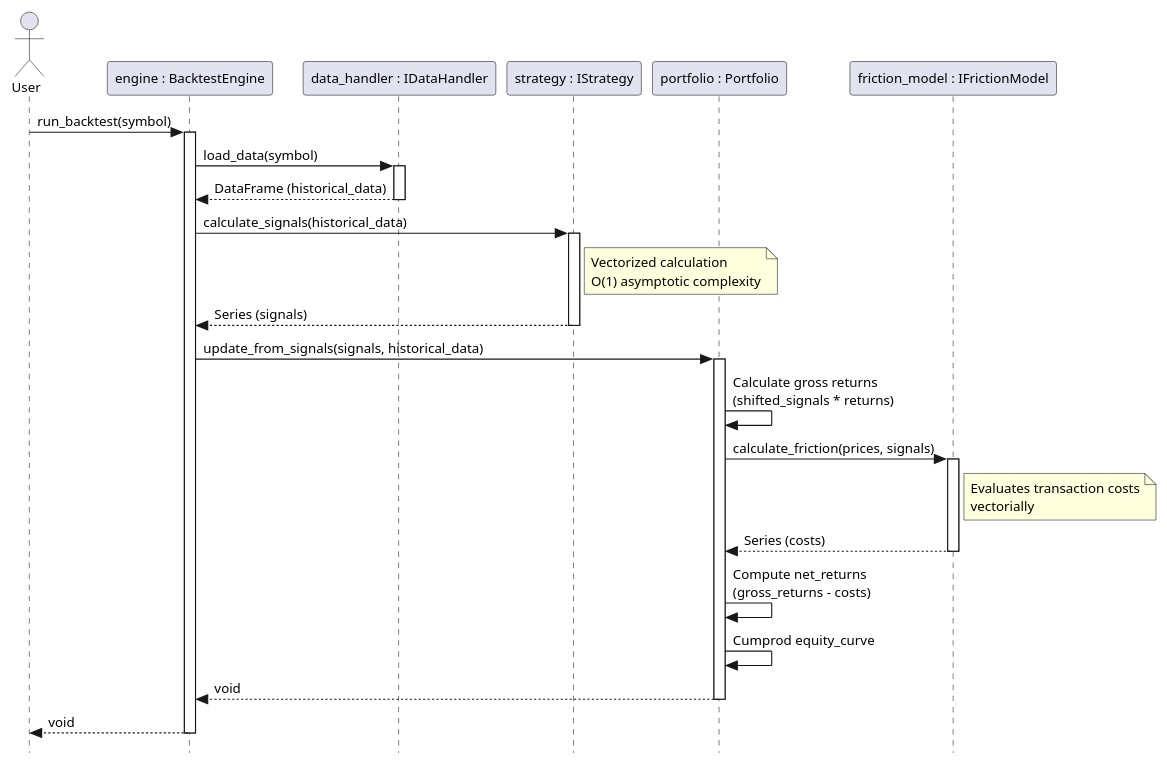
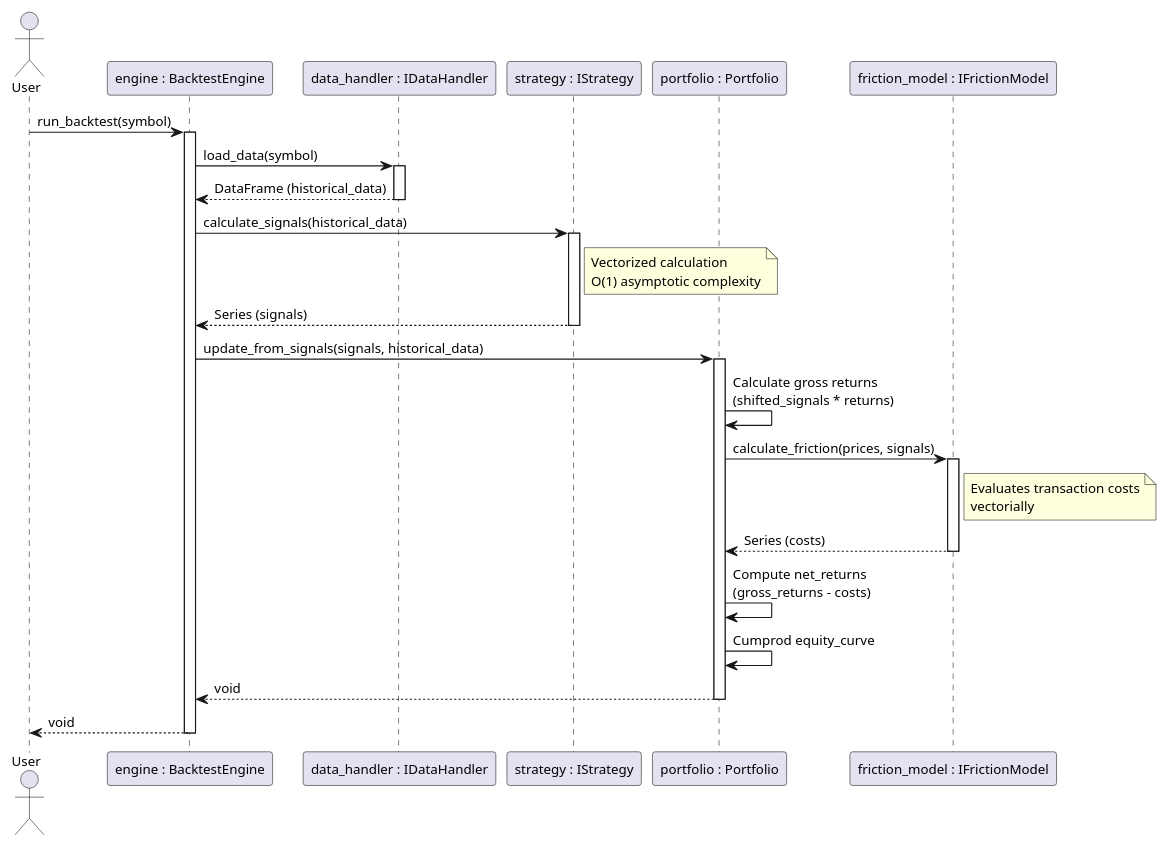
The diagram in docs/architecture/sequence_diagram.puml (antoniomachuca/Algorithmic-Trading-Backtester), drawn with PlantUML before and after one commit. The commit also changed 1 other file, not shown here.

Commit message:
refactor: remove unnecessary PlantUML skinparam configurations from sequence diagram

```diff
--- a/docs/architecture/sequence_diagram.puml
+++ b/docs/architecture/sequence_diagram.puml
@@ -1,49 +1,47 @@
 @startuml
-skinparam style strictuml
 skinparam DefaultFontName Arial
 skinparam DefaultFontSize 12
 skinparam BackgroundColor transparent
-skinparam handwritten false
 
 
 
 actor User
 participant "engine : BacktestEngine" as Engine
 participant "data_handler : IDataHandler" as DataHandler
 participant "strategy : IStrategy" as Strategy
 participant "portfolio : Portfolio" as Portfolio
 participant "friction_model : IFrictionModel" as Friction
 
 User -> Engine : run_backtest(symbol)
 activate Engine
 
 Engine -> DataHandler : load_data(symbol)
 activate DataHandler
 DataHandler --> Engine : DataFrame (historical_data)
 deactivate DataHandler
 
 Engine -> Strategy : calculate_signals(historical_data)
 activate Strategy
 note right of Strategy: Vectorized calculation\nO(1) asymptotic complexity
 Strategy --> Engine : Series (signals)
 deactivate Strategy
 
 Engine -> Portfolio : update_from_signals(signals, historical_data)
 activate Portfolio
 
 Portfolio -> Portfolio : Calculate gross returns\n(shifted_signals * returns)
 Portfolio -> Friction : calculate_friction(prices, signals)
 activate Friction
 note right of Friction: Evaluates transaction costs\nvectorially
 Friction --> Portfolio : Series (costs)
 deactivate Friction
 
 Portfolio -> Portfolio : Compute net_returns\n(gross_returns - costs)
 Portfolio -> Portfolio : Cumprod equity_curve
 Portfolio --> Engine : void
 deactivate Portfolio
 
 Engine --> User : void
 deactivate Engine
 
 @enduml
```
